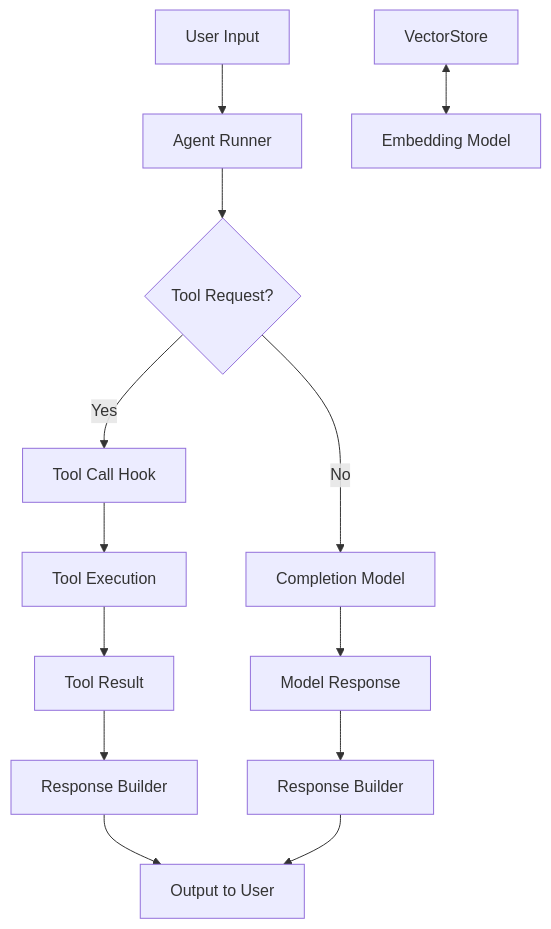
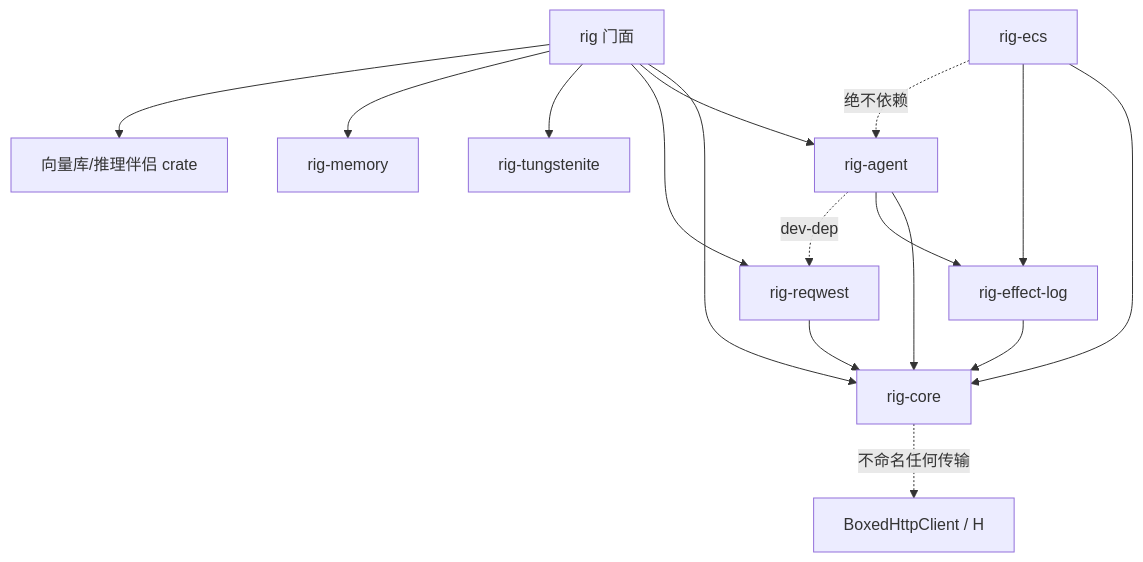
One commit to adrian9778/rig changed the first of 2 diagrams in docs/sourceReader/01-架构总览.md. Above: the diagram before and after it, drawn with Mermaid. The commit also changed other lines of this file and 30 other files, not shown here.

````diff
--- a/docs/sourceReader/01-架构总览.md
+++ b/docs/sourceReader/01-架构总览.md
@@ -124,16 +35,21 @@
 ```mermaid
 graph TD
-    A[User Input] --> B[Agent Runner]
-    B --> C{Tool Request?}
-    C -- Yes --> D[Tool Call Hook]
-    D --> E[Tool Execution]
-    E --> F[Tool Result]
-    F --> G[Response Builder]
-    G --> H[Output to User]
-    C -- No --> I[Completion Model]
-    I --> J[Model Response]
-    J --> K[Response Builder]
-    K --> H
+    RIG[rig 门面] --> CORE[rig-core]
+    RIG --> AGENT[rig-agent]
+    RIG --> REQ[rig-reqwest]
+    RIG --> TUNG[rig-tungstenite]
+    RIG --> MEM[rig-memory]
+    RIG --> VS[向量库/推理伴侣 crate]
 
-    L[VectorStore] <--> M[Embedding Model]
+    AGENT --> CORE
+    AGENT --> ELOG[rig-effect-log]
+    AGENT -. dev-dep .-> REQ
+
+    ECS[rig-ecs] --> CORE
+    ECS --> ELOG
+    ECS -.->|绝不依赖| AGENT
+
+    ELOG --> CORE
+    REQ --> CORE
+    CORE -.->|不命名任何传输| TRANSP[BoxedHttpClient / H]
 ```
````
